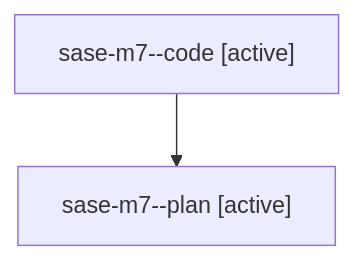
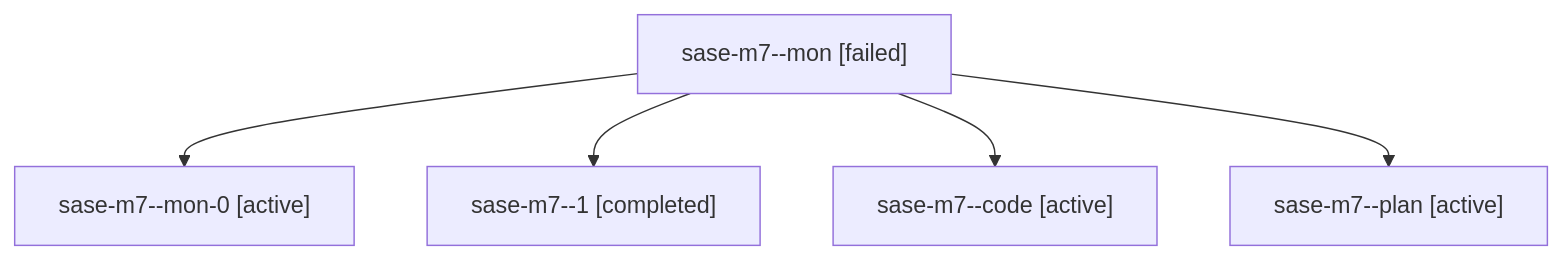
The diagram in families/bbugyi200.athena.sase-m7.md (sase-org/sase--agents), drawn with Mermaid before and after one commit. The commit also changed other lines of this file and 25 other files, not shown here.

````diff
--- a/families/bbugyi200.athena.sase-m7.md
+++ b/families/bbugyi200.athena.sase-m7.md
@@ -9,6 +9,12 @@
 ```mermaid
 flowchart TD
-  n0["sase-m7--code [active]"]
-  n1["sase-m7--plan [active]"]
+  n0["sase-m7--mon [failed]"]
+  n1["sase-m7--mon-0 [active]"]
   n0 --> n1
+  n2["sase-m7--1 [completed]"]
+  n0 --> n2
+  n3["sase-m7--code [active]"]
+  n0 --> n3
+  n4["sase-m7--plan [active]"]
+  n0 --> n4
 ```
````
